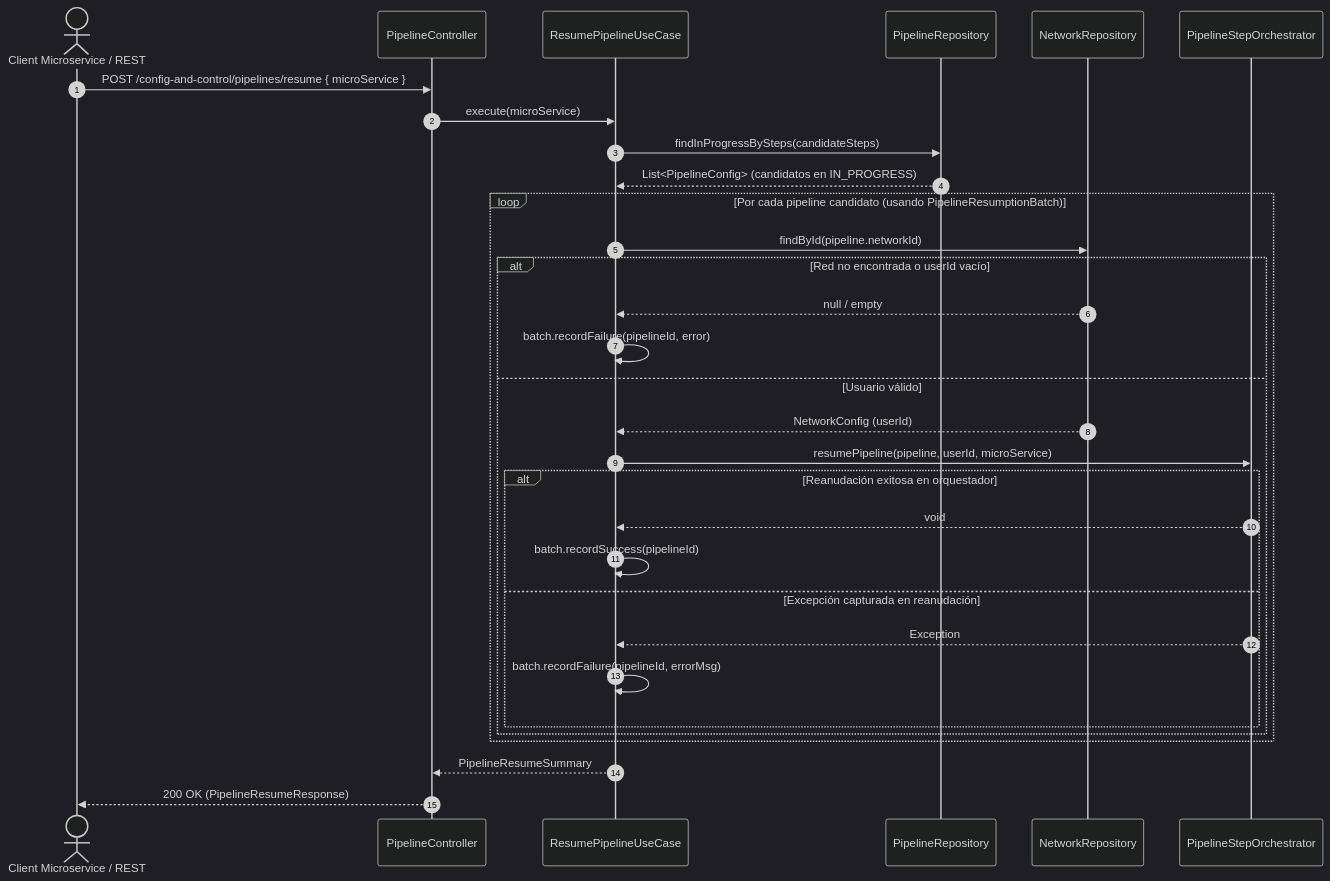
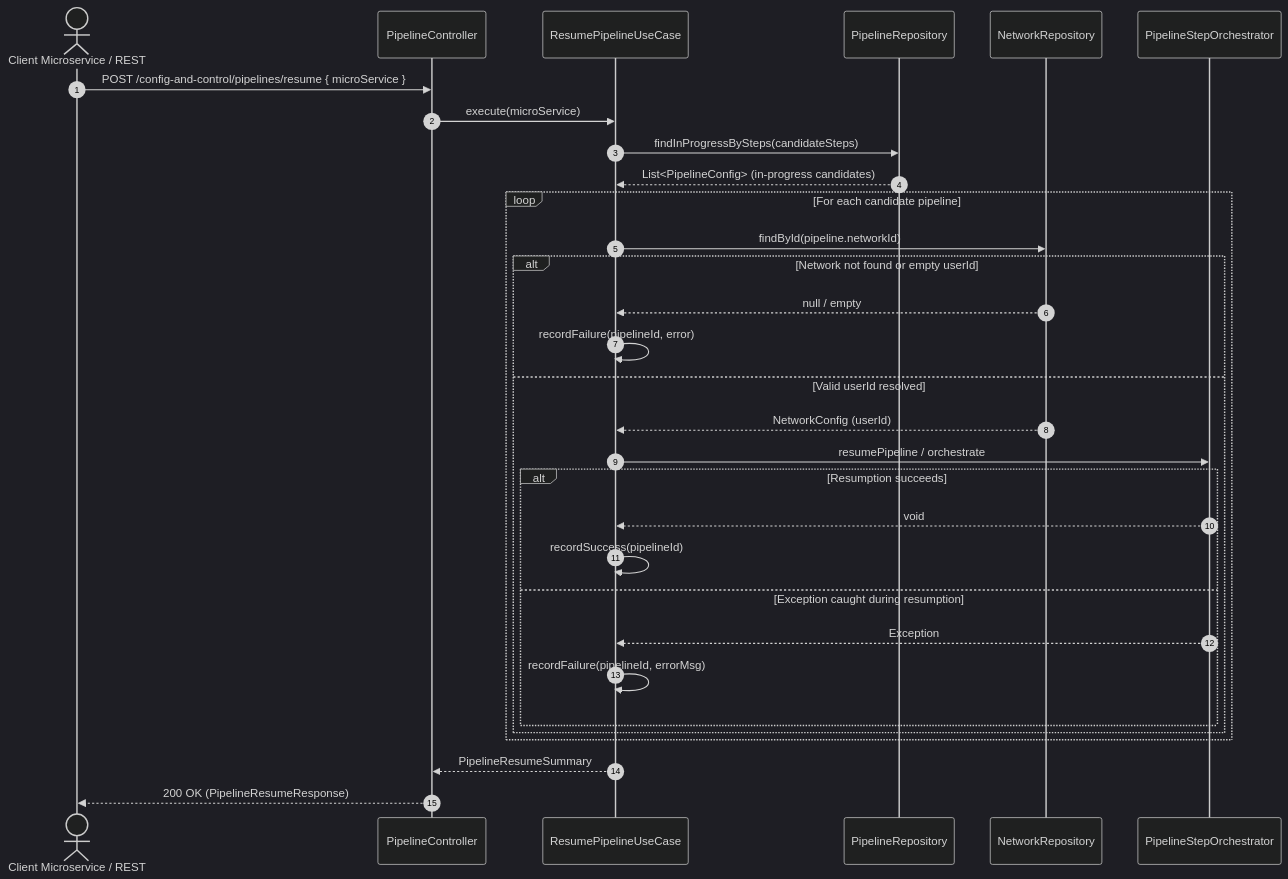
One commit to Biopatternsg-ms/config-and-control changed the diagram in .agents/use_cases/ResumePipelineUseCase.md. Above: the diagram before and after it, drawn with Mermaid (dark theme). The commit also changed other lines of this file and 16 other files, not shown here.

````diff
--- a/.agents/use_cases/ResumePipelineUseCase.md
+++ b/.agents/use_cases/ResumePipelineUseCase.md
@@ -43,37 +42,37 @@
 ```mermaid
 sequenceDiagram
     autonumber
-    actor Microservicio as Client Microservice / REST
+    actor Microservice as Client Microservice / REST
     participant Controller as PipelineController
     participant UseCase as ResumePipelineUseCase
     participant PipeRepo as PipelineRepository
     participant NetRepo as NetworkRepository
     participant Orchestrator as PipelineStepOrchestrator
 
-    Microservicio->>Controller: POST /config-and-control/pipelines/resume { microService }
+    Microservice->>Controller: POST /config-and-control/pipelines/resume { microService }
     Controller->>UseCase: execute(microService)
     
     UseCase->>PipeRepo: findInProgressBySteps(candidateSteps)
-    PipeRepo-->>UseCase: List<PipelineConfig> (candidatos en IN_PROGRESS)
+    PipeRepo-->>UseCase: List<PipelineConfig> (in-progress candidates)
     
-    loop Por cada pipeline candidato (usando PipelineResumptionBatch)
+    loop For each candidate pipeline
         UseCase->>NetRepo: findById(pipeline.networkId)
-        alt Red no encontrada o userId vacío
+        alt Network not found or empty userId
             NetRepo-->>UseCase: null / empty
-            UseCase->>UseCase: batch.recordFailure(pipelineId, error)
-        else Usuario válido
+            UseCase->>UseCase: recordFailure(pipelineId, error)
+        else Valid userId resolved
             NetRepo-->>UseCase: NetworkConfig (userId)
-            UseCase->>Orchestrator: resumePipeline(pipeline, userId, microService)
-            alt Reanudación exitosa en orquestador
+            UseCase->>Orchestrator: resumePipeline / orchestrate
+            alt Resumption succeeds
                 Orchestrator-->>UseCase: void
-                UseCase->>UseCase: batch.recordSuccess(pipelineId)
-            else Excepción capturada en reanudación
+                UseCase->>UseCase: recordSuccess(pipelineId)
+            else Exception caught during resumption
                 Orchestrator-->>UseCase: Exception
-                UseCase->>UseCase: batch.recordFailure(pipelineId, errorMsg)
+                UseCase->>UseCase: recordFailure(pipelineId, errorMsg)
             end
         end
     end
     
     UseCase-->>Controller: PipelineResumeSummary
-    Controller-->>Microservicio: 200 OK (PipelineResumeResponse)
+    Controller-->>Microservice: 200 OK (PipelineResumeResponse)
 ```
````
